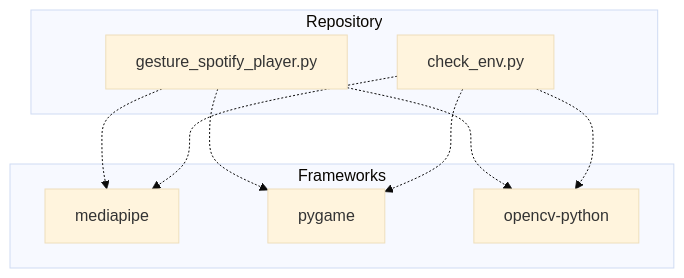
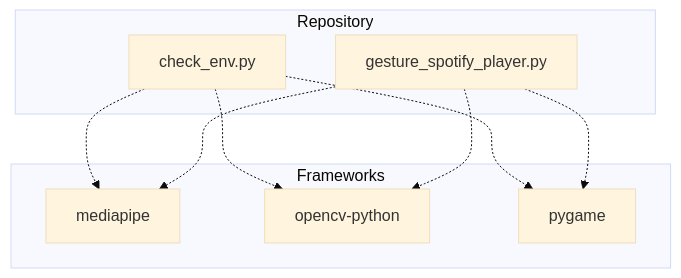
One commit to NITISH-R-G/PalmPlay1 changed the first of 2 diagrams in README.md. Above: the diagram before and after it, drawn with Mermaid (base theme). The commit also changed other lines of this file and 3 other files, not shown here.

Commit message:
docs: update repository documentation and diagrams [skip ci]

````diff
--- a/README.md
+++ b/README.md
@@ -39,20 +39,20 @@
 ```mermaid
 graph TD
     subgraph Repository
+        check_env_py[check_env.py]
         gesture_spotify_player_py[gesture_spotify_player.py]
-        check_env_py[check_env.py]
+        click check_env_py href "https://github.com/NITISH-R-G/PalmPlay1/blob/main/check_env.py" "View source code"
         click gesture_spotify_player_py href "https://github.com/NITISH-R-G/PalmPlay1/blob/main/gesture_spotify_player.py" "View source code"
-        click check_env_py href "https://github.com/NITISH-R-G/PalmPlay1/blob/main/check_env.py" "View source code"
     end
     subgraph Frameworks
         fw_mediapipe[mediapipe]
+        fw_opencv_python[opencv-python]
         fw_pygame[pygame]
-        fw_opencv_python[opencv-python]
     end
+    check_env_py -.-> fw_mediapipe
+    check_env_py -.-> fw_opencv_python
+    check_env_py -.-> fw_pygame
     gesture_spotify_player_py -.-> fw_mediapipe
+    gesture_spotify_player_py -.-> fw_opencv_python
     gesture_spotify_player_py -.-> fw_pygame
-    gesture_spotify_player_py -.-> fw_opencv_python
-    check_env_py -.-> fw_mediapipe
-    check_env_py -.-> fw_pygame
-    check_env_py -.-> fw_opencv_python
 ```
````
